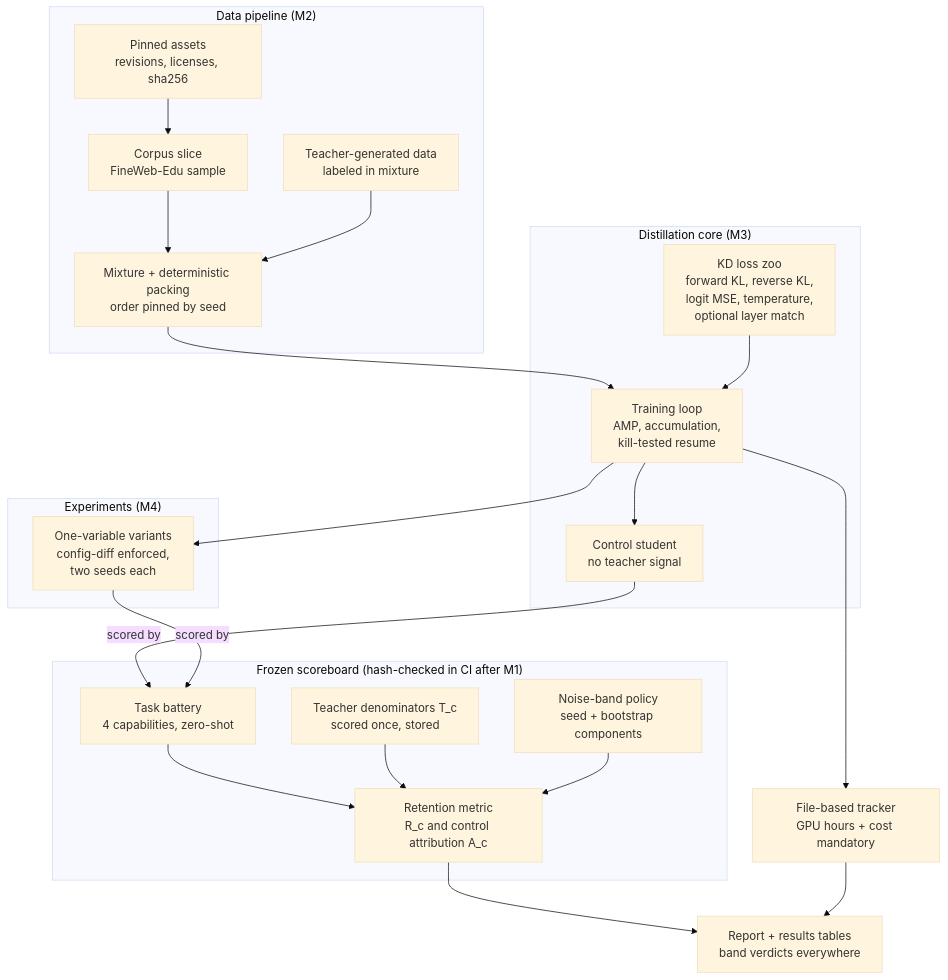
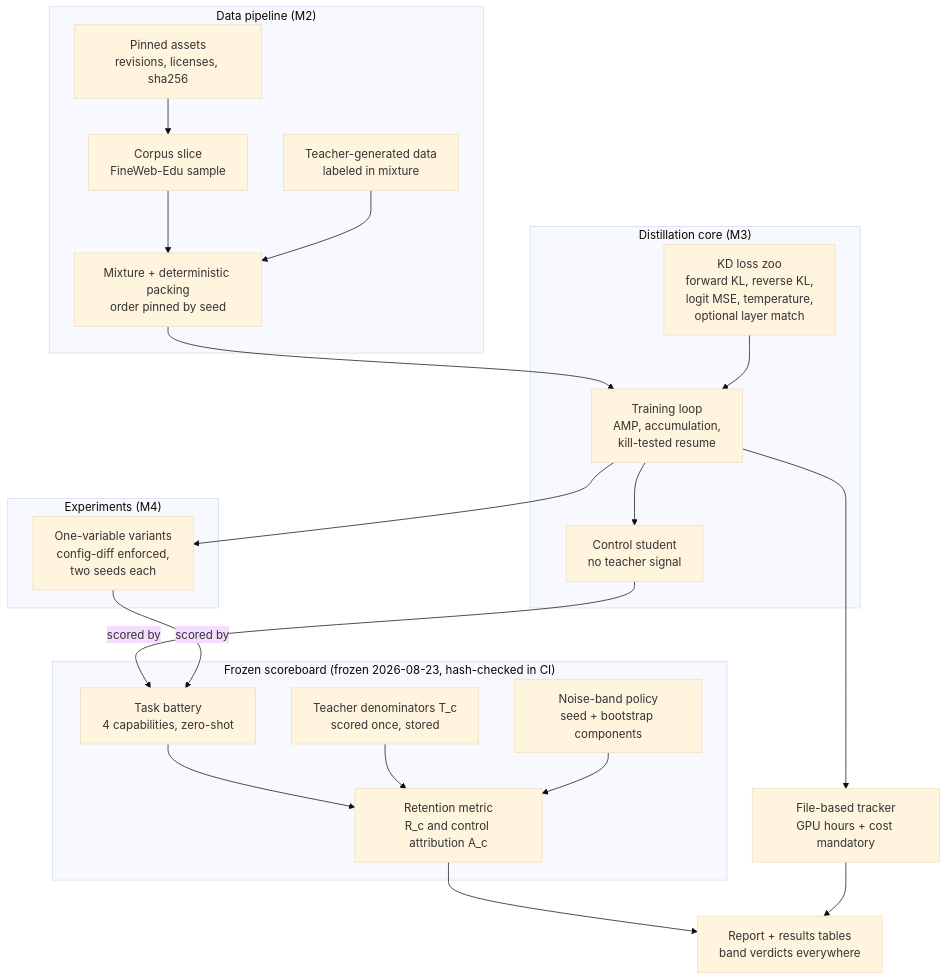
Before and after one commit to AmosBunde/retention-lab: the first of 2 diagrams in README.md, drawn with Mermaid (base theme). The commit also changed other lines of this file and 3 other files, not shown here.

````diff
--- a/README.md
+++ b/README.md
@@ -111,45 +113,45 @@
 ```mermaid
 flowchart TB
-    subgraph frozen["Frozen scoreboard (hash-checked in CI after M1)"]
+    subgraph frozen["Frozen scoreboard (frozen 2026-08-23, hash-checked in CI)"]
         battery["Task battery<br/>4 capabilities, zero-shot"]
         metric["Retention metric<br/>R_c and control attribution A_c"]
         bands["Noise-band policy<br/>seed + bootstrap components"]
         denom["Teacher denominators T_c<br/>scored once, stored"]
     end
 
     subgraph data["Data pipeline (M2)"]
         assets["Pinned assets<br/>revisions, licenses, sha256"]
         corpus["Corpus slice<br/>FineWeb-Edu sample"]
         teachgen["Teacher-generated data<br/>labeled in mixture"]
         packing["Mixture + deterministic packing<br/>order pinned by seed"]
     end
 
     subgraph core["Distillation core (M3)"]
         losses["KD loss zoo<br/>forward KL, reverse KL,<br/>logit MSE, temperature,<br/>optional layer match"]
         loop["Training loop<br/>AMP, accumulation,<br/>kill-tested resume"]
         control["Control student<br/>no teacher signal"]
     end
 
     subgraph exp["Experiments (M4)"]
         variants["One-variable variants<br/>config-diff enforced,<br/>two seeds each"]
     end
 
     tracker["File-based tracker<br/>GPU hours + cost mandatory"]
     report["Report + results tables<br/>band verdicts everywhere"]
 
     packing --> loop
     losses --> loop
     loop --> control
     loop --> variants
     control -->|scored by| battery
     variants -->|scored by| battery
     battery --> metric
     denom --> metric
     bands --> metric
     metric --> report
     loop --> tracker
     tracker --> report
     assets --> corpus
     corpus --> packing
     teachgen --> packing
 ```
````
